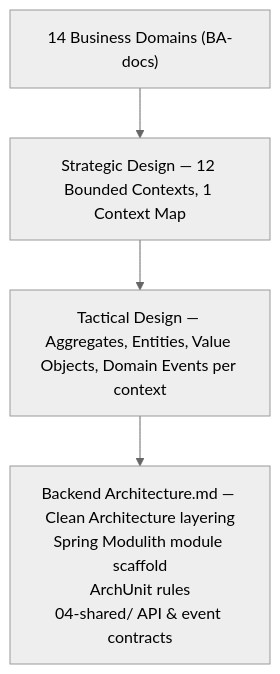
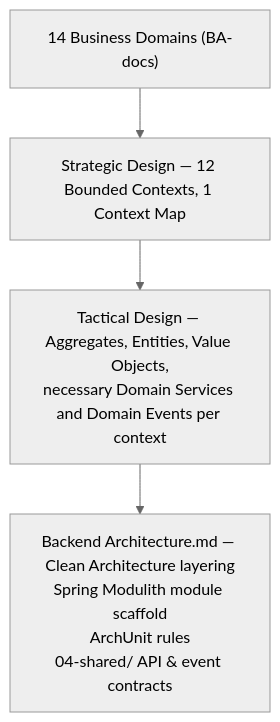
Before and after one commit to phuchoang-ecommerce-org/docs: the third of 3 diagrams in SA-docs/02-backend/Domain Model.md, drawn with Mermaid (neutral theme). The commit also changed other lines of this file, not shown here.

Commit message:
docs(*): Update doman service for each context model

````diff
--- a/SA-docs/02-backend/Domain Model.md
+++ b/SA-docs/02-backend/Domain Model.md
@@ -462,6 +506,6 @@
 ```mermaid
 flowchart TB
     BA["14 Business Domains (BA-docs)"] --> Strategic["Strategic Design — 12 Bounded Contexts, 1 Context Map"]
-    Strategic --> Tactical["Tactical Design — Aggregates, Entities, Value Objects, Domain Events per context"]
+    Strategic --> Tactical["Tactical Design — Aggregates, Entities, Value Objects,<br/>necessary Domain Services and Domain Events per context"]
     Tactical --> Next["Backend Architecture.md — Clean Architecture layering<br/>Spring Modulith module scaffold<br/>ArchUnit rules<br/>04-shared/ API & event contracts"]
 ```
````
